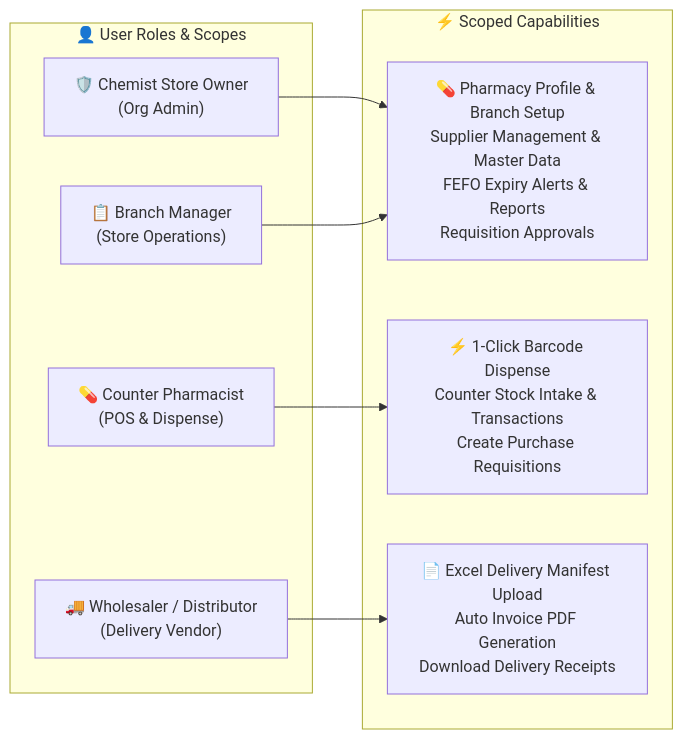
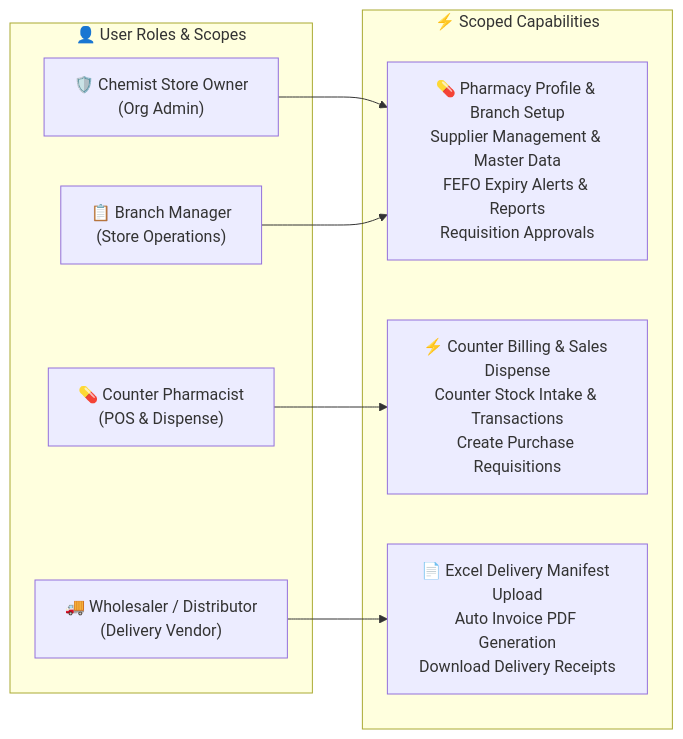
The fourth of 4 diagrams in README.md (Sayandip05/InvIQ), drawn with Mermaid before and after one commit. The commit also changed other lines of this file, not shown here.

Commit message:
docs: remove barcode references and set language support strictly to English

````diff
--- a/README.md
+++ b/README.md
@@ -293,20 +293,20 @@
 ```mermaid
 graph LR
     subgraph Roles["👤 User Roles & Scopes"]
         Admin["🛡️ Chemist Store Owner<br/>(Org Admin)"]
         Manager["📋 Branch Manager<br/>(Store Operations)"]
         Staff["💊 Counter Pharmacist<br/>(POS & Dispense)"]
         Vendor["🚚 Wholesaler / Distributor<br/>(Delivery Vendor)"]
     end
 
     subgraph Capabilities["⚡ Scoped Capabilities"]
         StoreMgmt["💊 Pharmacy Profile & Branch Setup<br/>Supplier Management & Master Data<br/>FEFO Expiry Alerts & Reports<br/>Requisition Approvals"]
-        StaffOps["⚡ 1-Click Barcode Dispense<br/>Counter Stock Intake & Transactions<br/>Create Purchase Requisitions"]
+        StaffOps["⚡ Counter Billing & Sales Dispense<br/>Counter Stock Intake & Transactions<br/>Create Purchase Requisitions"]
         VendorOps["📄 Excel Delivery Manifest Upload<br/>Auto Invoice PDF Generation<br/>Download Delivery Receipts"]
     end
 
     Admin --> StoreMgmt
     Manager --> StoreMgmt
     Staff --> StaffOps
     Vendor --> VendorOps
 ```
````
